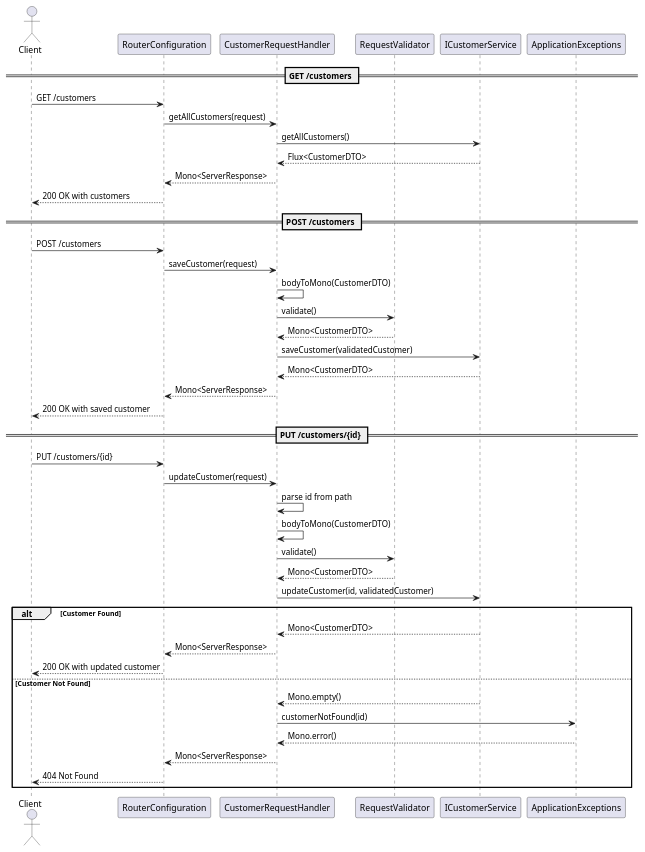
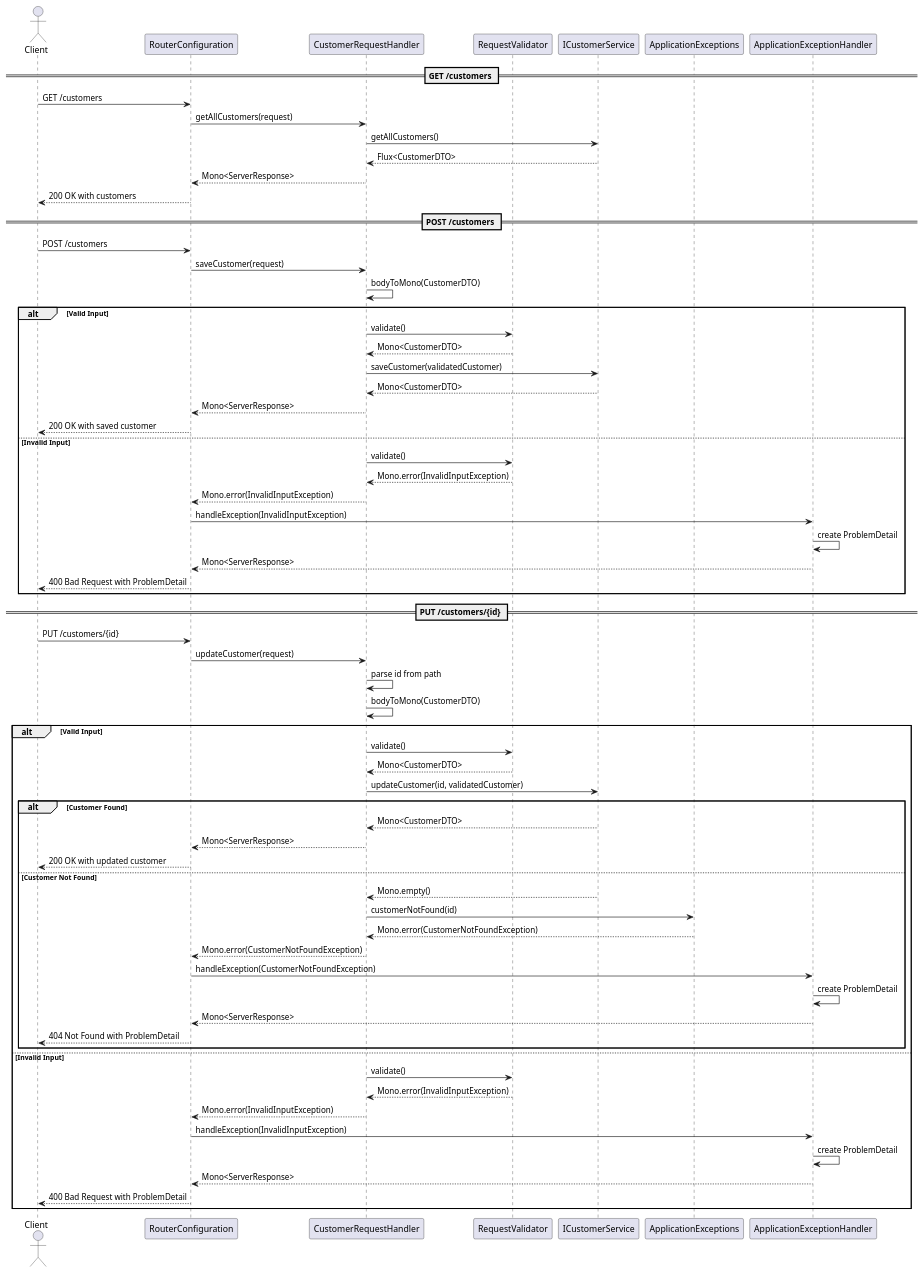
Before and after one commit to jays-codes/reactive-microservices: the diagram in webflux-sandbox/docs/diagrams/src/section8/plant-CustomerRequestHandler-SD.wsd, drawn with PlantUML. The commit also changed 4 other files, not shown here.

```diff
--- a/webflux-sandbox/docs/diagrams/src/section8/plant-CustomerRequestHandler-SD.wsd
+++ b/webflux-sandbox/docs/diagrams/src/section8/plant-CustomerRequestHandler-SD.wsd
@@ -1,49 +1,73 @@
 @startuml CustomerRequestHandler Sequence Diagram
 
 actor Client
 participant "RouterConfiguration" as Router
 participant "CustomerRequestHandler" as Handler
 participant "RequestValidator" as Validator
 participant "ICustomerService" as Service
 participant "ApplicationExceptions" as Exceptions
+participant "ApplicationExceptionHandler" as ExceptionHandler
 
 == GET /customers ==
 Client -> Router: GET /customers
 Router -> Handler: getAllCustomers(request)
 Handler -> Service: getAllCustomers()
 Service --> Handler: Flux<CustomerDTO>
 Handler --> Router: Mono<ServerResponse>
 Router --> Client: 200 OK with customers
 
 == POST /customers ==
 Client -> Router: POST /customers
 Router -> Handler: saveCustomer(request)
 Handler -> Handler: bodyToMono(CustomerDTO)
-Handler -> Validator: validate()
-Validator --> Handler: Mono<CustomerDTO>
-Handler -> Service: saveCustomer(validatedCustomer)
-Service --> Handler: Mono<CustomerDTO>
-Handler --> Router: Mono<ServerResponse>
-Router --> Client: 200 OK with saved customer
+alt Valid Input
+    Handler -> Validator: validate()
+    Validator --> Handler: Mono<CustomerDTO>
+    Handler -> Service: saveCustomer(validatedCustomer)
+    Service --> Handler: Mono<CustomerDTO>
+    Handler --> Router: Mono<ServerResponse>
+    Router --> Client: 200 OK with saved customer
+else Invalid Input
+    Handler -> Validator: validate()
+    Validator --> Handler: Mono.error(InvalidInputException)
+    Handler --> Router: Mono.error(InvalidInputException)
+    Router -> ExceptionHandler: handleException(InvalidInputException)
+    ExceptionHandler -> ExceptionHandler: create ProblemDetail
+    ExceptionHandler --> Router: Mono<ServerResponse>
+    Router --> Client: 400 Bad Request with ProblemDetail
+end
 
 == PUT /customers/{id} ==
 Client -> Router: PUT /customers/{id}
 Router -> Handler: updateCustomer(request)
 Handler -> Handler: parse id from path
 Handler -> Handler: bodyToMono(CustomerDTO)
-Handler -> Validator: validate()
-Validator --> Handler: Mono<CustomerDTO>
-Handler -> Service: updateCustomer(id, validatedCustomer)
-alt Customer Found
-    Service --> Handler: Mono<CustomerDTO>
-    Handler --> Router: Mono<ServerResponse>
-    Router --> Client: 200 OK with updated customer
-else Customer Not Found
-    Service --> Handler: Mono.empty()
-    Handler -> Exceptions: customerNotFound(id)
-    Exceptions --> Handler: Mono.error()
-    Handler --> Router: Mono<ServerResponse>
-    Router --> Client: 404 Not Found
+alt Valid Input
+    Handler -> Validator: validate()
+    Validator --> Handler: Mono<CustomerDTO>
+    Handler -> Service: updateCustomer(id, validatedCustomer)
+    alt Customer Found
+        Service --> Handler: Mono<CustomerDTO>
+        Handler --> Router: Mono<ServerResponse>
+        Router --> Client: 200 OK with updated customer
+    else Customer Not Found
+        Service --> Handler: Mono.empty()
+        Handler -> Exceptions: customerNotFound(id)
+        Exceptions --> Handler: Mono.error(CustomerNotFoundException)
+        Handler --> Router: Mono.error(CustomerNotFoundException)
+        Router -> ExceptionHandler: handleException(CustomerNotFoundException)
+        ExceptionHandler -> ExceptionHandler: create ProblemDetail
+        ExceptionHandler --> Router: Mono<ServerResponse>
+        Router --> Client: 404 Not Found with ProblemDetail
+    end
+else Invalid Input
+    Handler -> Validator: validate()
+    Validator --> Handler: Mono.error(InvalidInputException)
+    Handler --> Router: Mono.error(InvalidInputException)
+    Router -> ExceptionHandler: handleException(InvalidInputException)
+    ExceptionHandler -> ExceptionHandler: create ProblemDetail
+    ExceptionHandler --> Router: Mono<ServerResponse>
+    Router --> Client: 400 Bad Request with ProblemDetail
 end
 
 @enduml 
```
